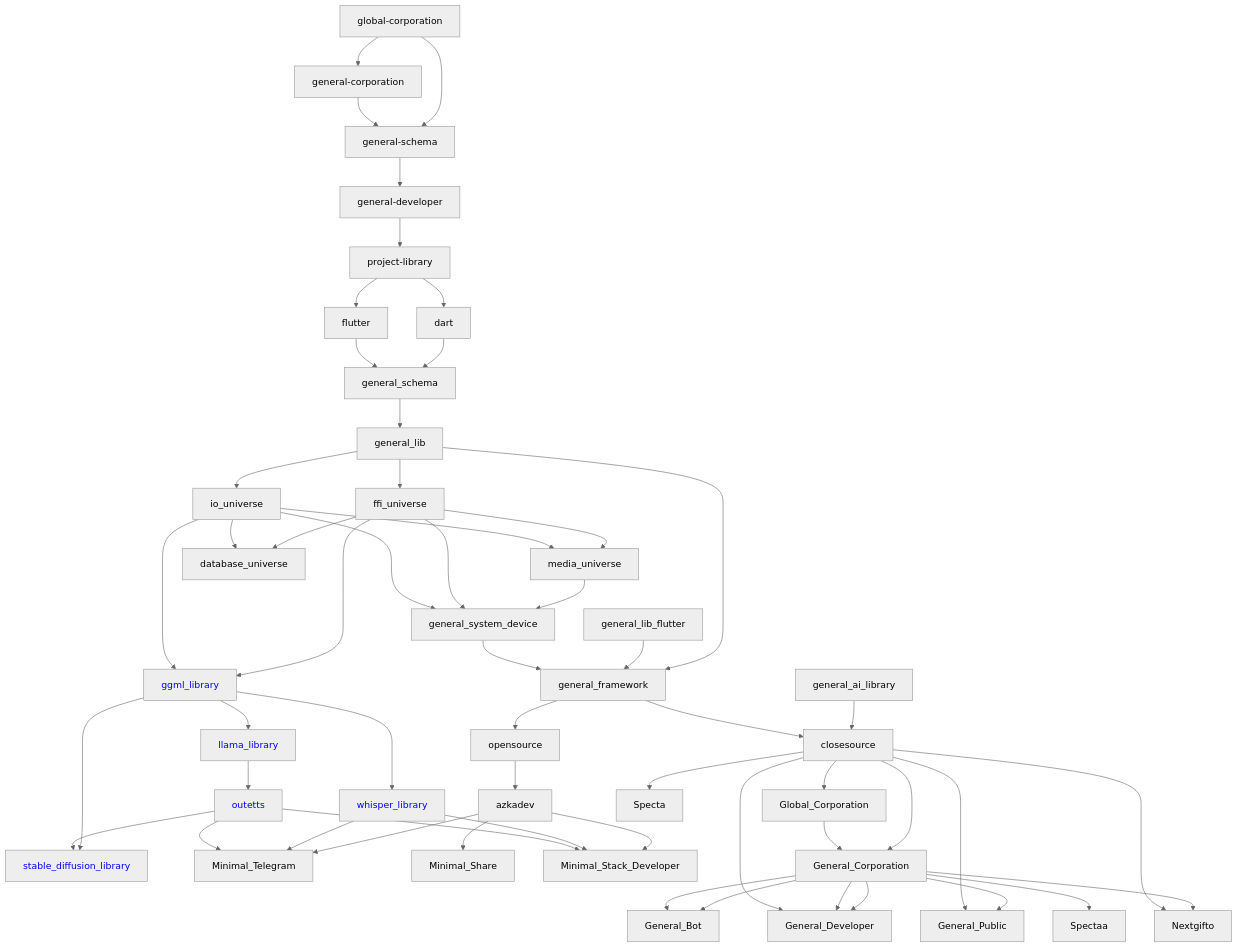
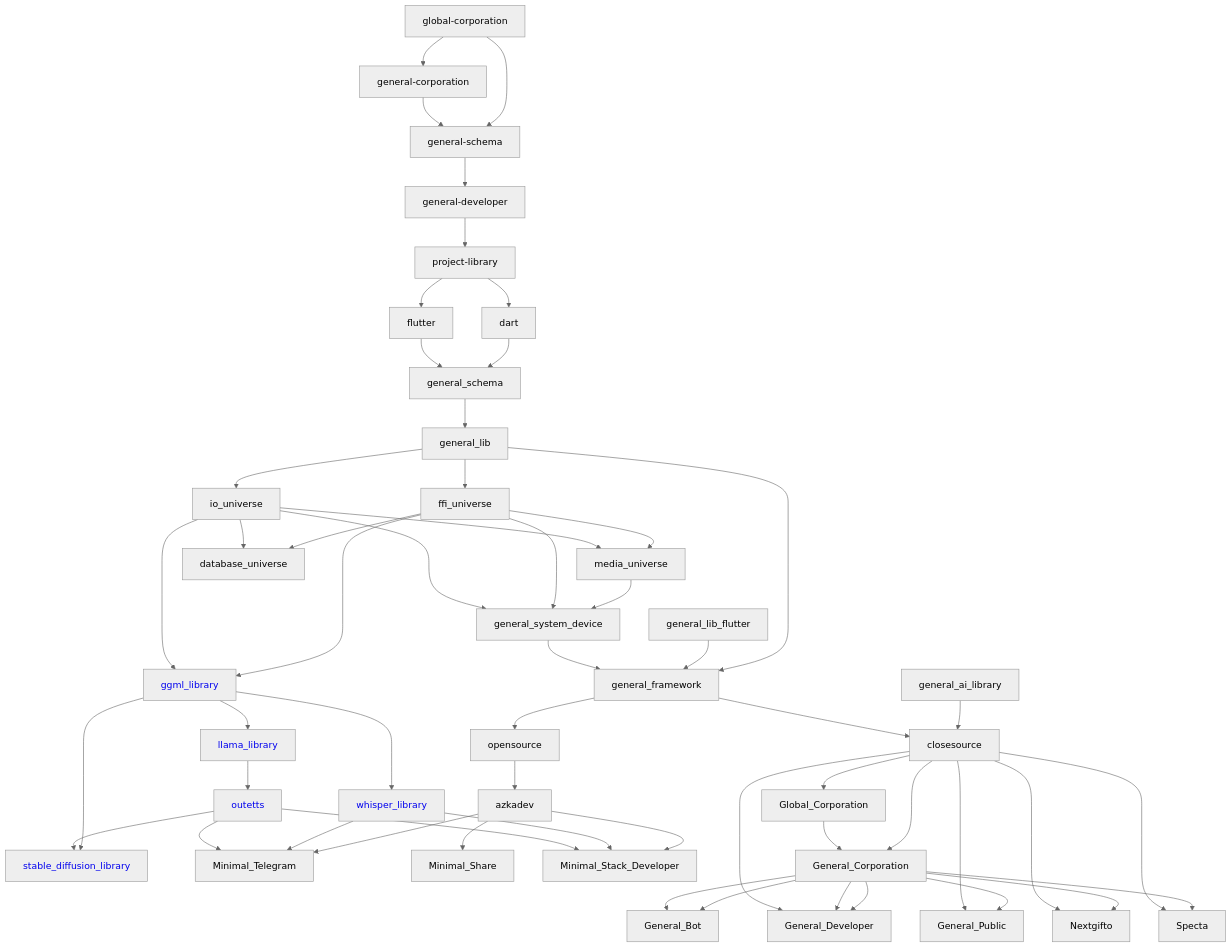
One commit to General-Developer/.github changed the diagram in profile/README.md. Above: the diagram before and after it, drawn with Mermaid (neutral theme).

```diff
--- a/profile/README.md
+++ b/profile/README.md
@@ -70,7 +70,7 @@
 General_Corporation --> General_Developer
 General_Corporation --> General_Public
 General_Corporation --> Nextgifto
-General_Corporation --> Spectaa
+General_Corporation --> Specta
 closesource --> General_Developer
 closesource --> General_Public
 closesource --> Nextgifto
```
